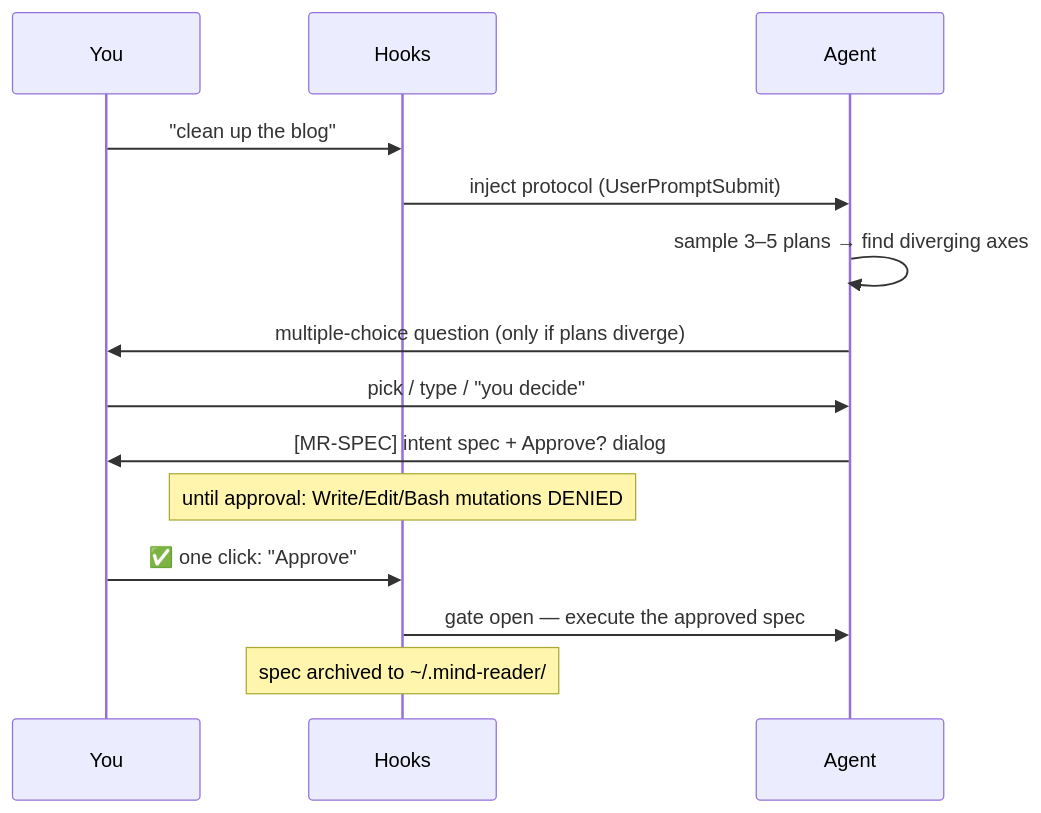
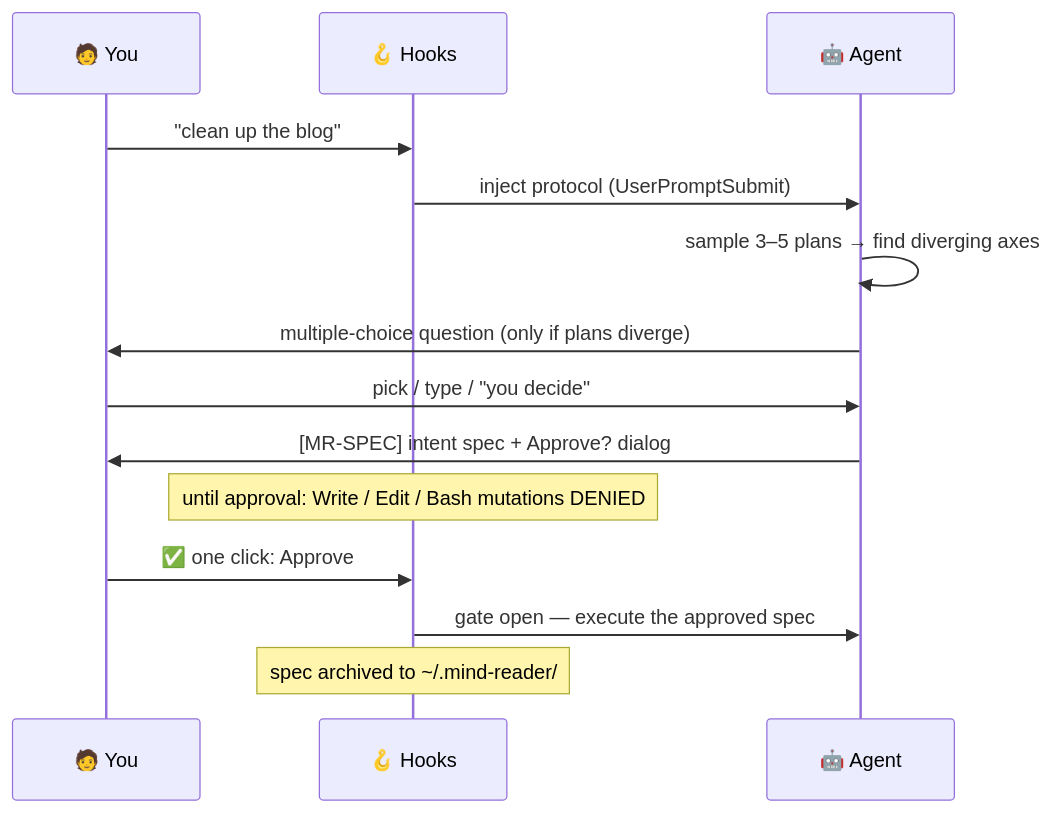
The diagram in README.md (w0uldy0udaestar/socratic), drawn with Mermaid before and after one commit. The commit also changed other lines of this file and 2 other files, not shown here.

````diff
--- a/README.md
+++ b/README.md
@@ -48,17 +53,17 @@
 ```mermaid
 sequenceDiagram
-    participant U as You
-    participant H as Hooks
-    participant A as Agent
+    participant U as 🧑 You
+    participant H as 🪝 Hooks
+    participant A as 🤖 Agent
 
     U->>H: "clean up the blog"
     H->>A: inject protocol (UserPromptSubmit)
     A->>A: sample 3–5 plans → find diverging axes
     A->>U: multiple-choice question (only if plans diverge)
     U->>A: pick / type / "you decide"
     A->>U: [MR-SPEC] intent spec + Approve? dialog
-    Note over H: until approval: Write/Edit/Bash mutations DENIED
-    U->>H: ✅ one click: "Approve"
+    Note over H: until approval: Write / Edit / Bash mutations DENIED
+    U->>H: ✅ one click: Approve
     H->>A: gate open — execute the approved spec
     Note over H: spec archived to ~/.mind-reader/
 ```
````
